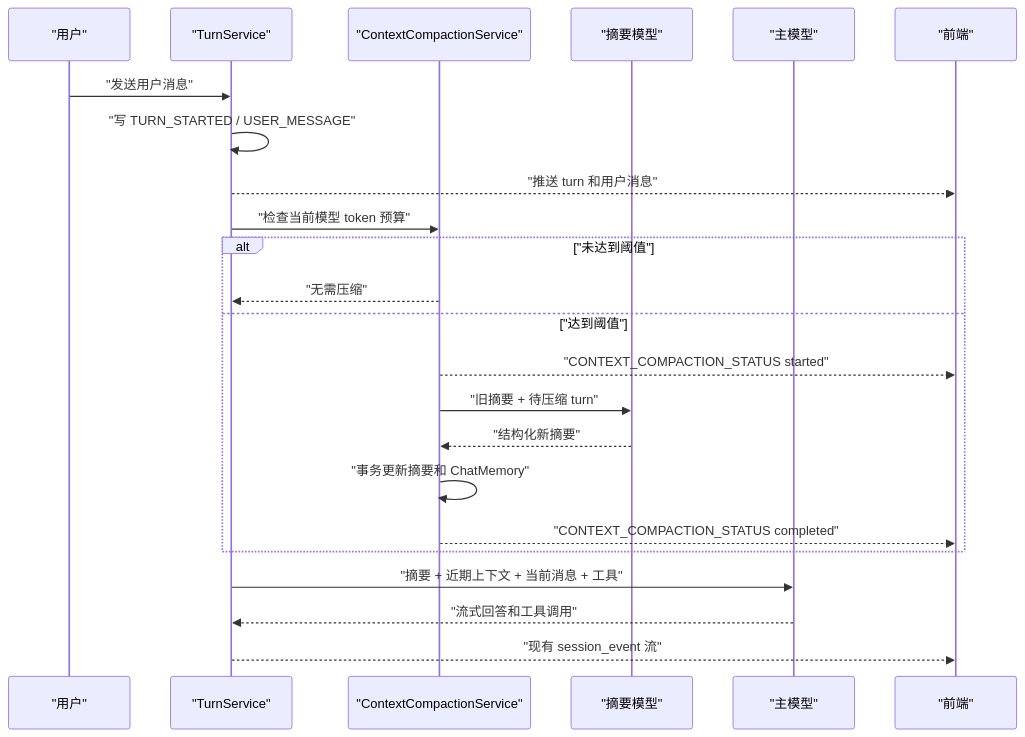
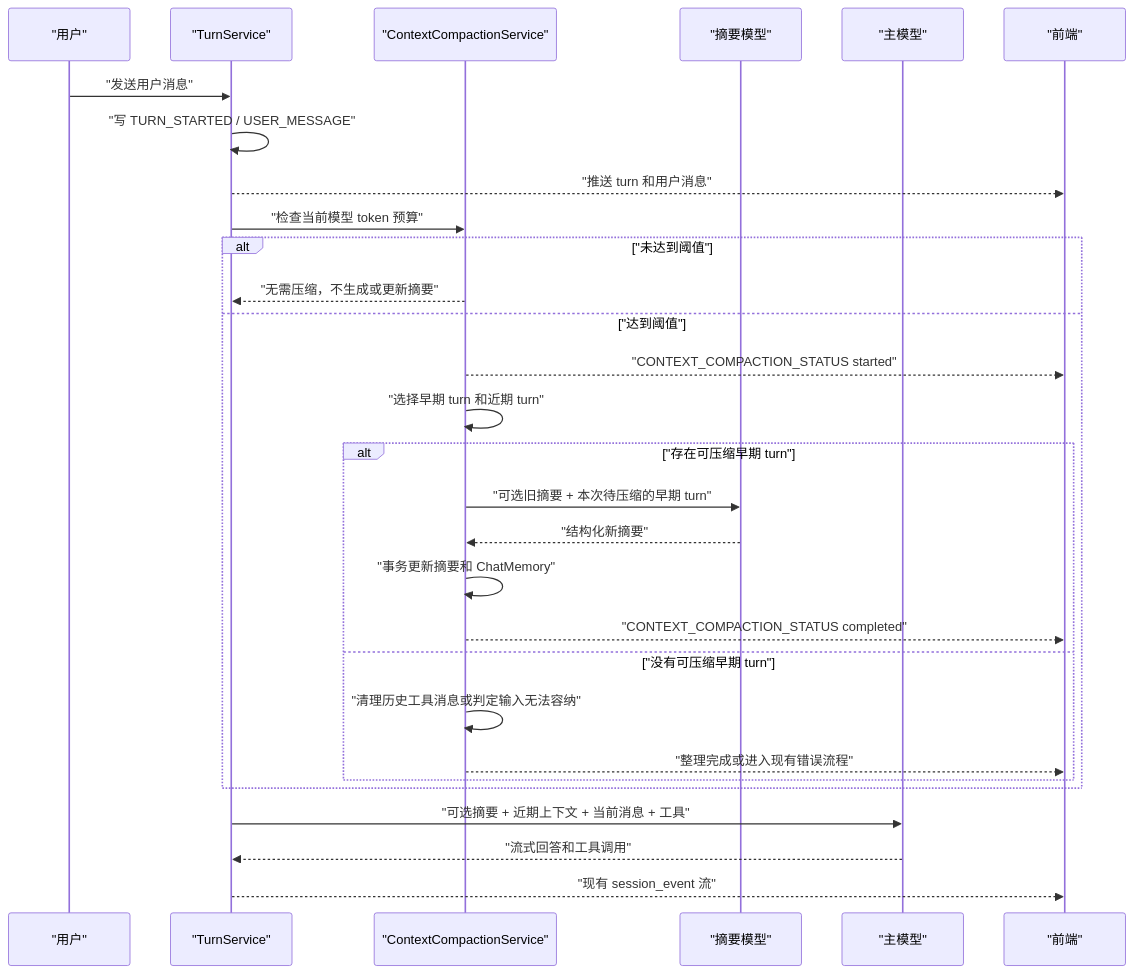
The third of 3 diagrams in docs/session-context-memory-design.md (gotosan/mboo-code), drawn with Mermaid before and after one commit. The commit also changed other lines of this file and 2 other files, not shown here.

````diff
--- a/docs/session-context-memory-design.md
+++ b/docs/session-context-memory-design.md
@@ -380,26 +439,32 @@
 ```mermaid
 sequenceDiagram
     participant U as "用户"
     participant T as "TurnService"
     participant C as "ContextCompactionService"
     participant S as "摘要模型"
     participant M as "主模型"
     participant F as "前端"
 
     U->>T: "发送用户消息"
     T->>T: "写 TURN_STARTED / USER_MESSAGE"
     T-->>F: "推送 turn 和用户消息"
     T->>C: "检查当前模型 token 预算"
     alt "未达到阈值"
-        C-->>T: "无需压缩"
+        C-->>T: "无需压缩，不生成或更新摘要"
     else "达到阈值"
         C-->>F: "CONTEXT_COMPACTION_STATUS started"
-        C->>S: "旧摘要 + 待压缩 turn"
-        S-->>C: "结构化新摘要"
-        C->>C: "事务更新摘要和 ChatMemory"
-        C-->>F: "CONTEXT_COMPACTION_STATUS completed"
+        C->>C: "选择早期 turn 和近期 turn"
+        alt "存在可压缩早期 turn"
+            C->>S: "可选旧摘要 + 本次待压缩的早期 turn"
+            S-->>C: "结构化新摘要"
+            C->>C: "事务更新摘要和 ChatMemory"
+            C-->>F: "CONTEXT_COMPACTION_STATUS completed"
+        else "没有可压缩早期 turn"
+            C->>C: "清理历史工具消息或判定输入无法容纳"
+            C-->>F: "整理完成或进入现有错误流程"
+        end
     end
-    T->>M: "摘要 + 近期上下文 + 当前消息 + 工具"
+    T->>M: "可选摘要 + 近期上下文 + 当前消息 + 工具"
     M-->>T: "流式回答和工具调用"
     T-->>F: "现有 session_event 流"
 ```
````
